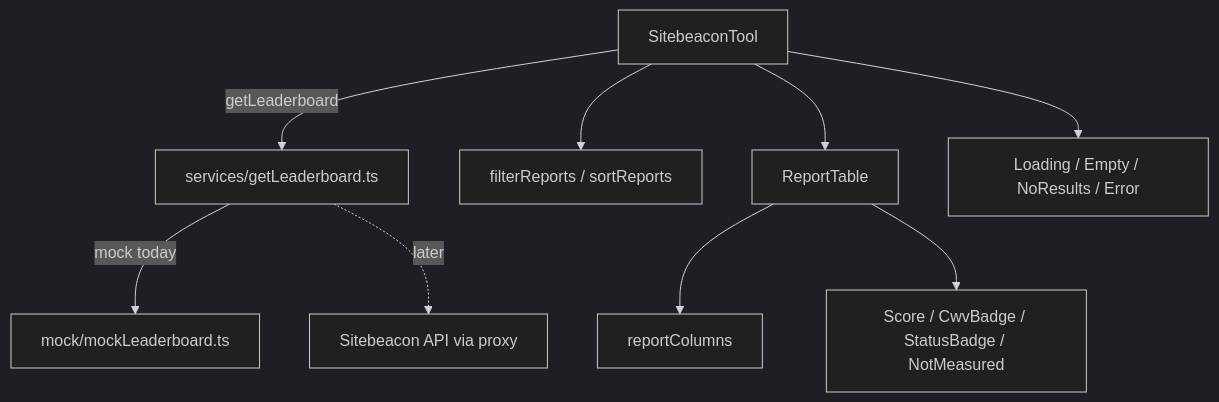
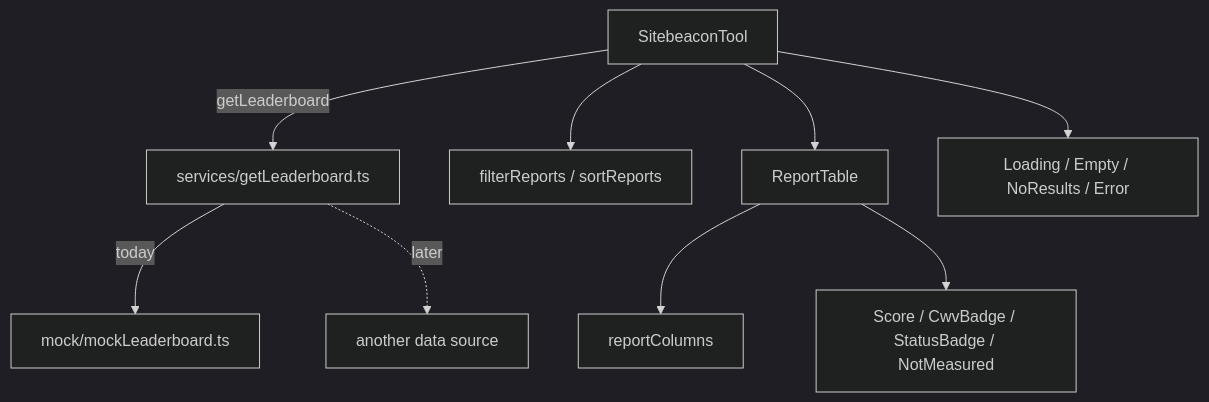
The diagram in sanity-plugin-sitebeacon/README.md (shahadat-hive008/sanity-sitebeacon-plugin), drawn with Mermaid (dark theme) before and after one commit. The commit also changed other lines of this file and 1 other file, not shown here.

Commit message:
docs: update README and types documentation for clarity on data sources and contract

````diff
--- a/sanity-plugin-sitebeacon/README.md
+++ b/sanity-plugin-sitebeacon/README.md
@@ -70,11 +69,11 @@
 ```mermaid
 flowchart TD
     A[SitebeaconTool] -->|getLeaderboard| B[services/getLeaderboard.ts]
-    B -->|mock today| C[mock/mockLeaderboard.ts]
-    B -.->|later| D[Sitebeacon API via proxy]
+    B -->|today| C[mock/mockLeaderboard.ts]
+    B -.->|later| D[another data source]
     A --> E[filterReports / sortReports]
     A --> F[ReportTable]
     F --> G[reportColumns]
     F --> H[Score / CwvBadge / StatusBadge / NotMeasured]
     A --> I[Loading / Empty / NoResults / Error]
 ```
````
